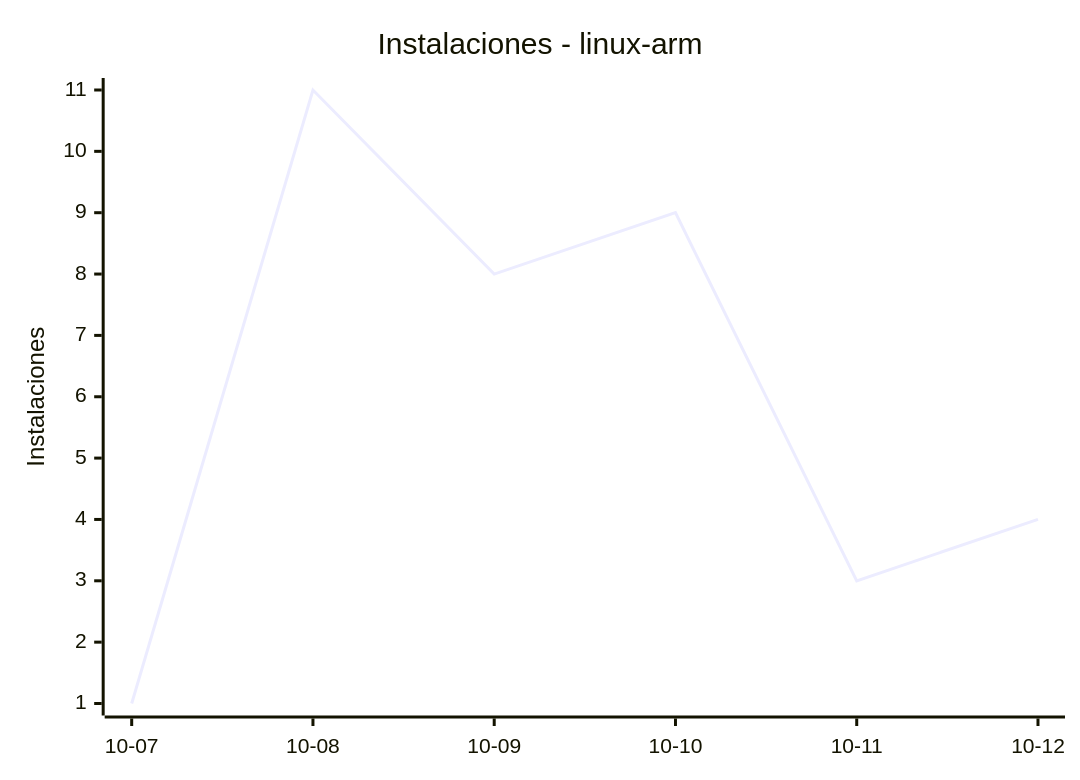
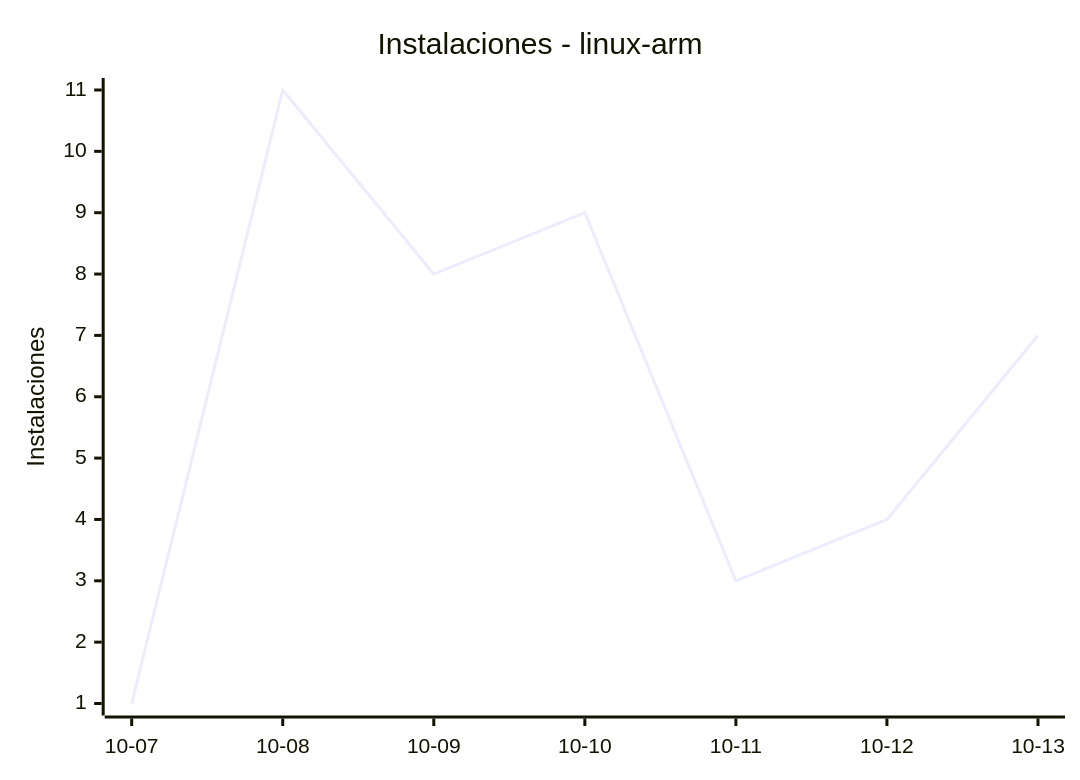
The fifth of 8 diagrams in README.md (EmuDeck/stats), drawn with Mermaid before and after one commit. The commit also changed other lines of this file and 2 other files, not shown here.

````diff
--- a/README.md
+++ b/README.md
@@ -60,7 +60,7 @@
 ```mermaid
 xychart-beta
     title "Instalaciones - linux-arm"
-    x-axis ["10-07", "10-08", "10-09", "10-10", "10-11", "10-12"]
+    x-axis ["10-07", "10-08", "10-09", "10-10", "10-11", "10-12", "10-13"]
     y-axis "Instalaciones"
-    line [1, 11, 8, 9, 3, 4]
+    line [1, 11, 8, 9, 3, 4, 7]
 ```
````
